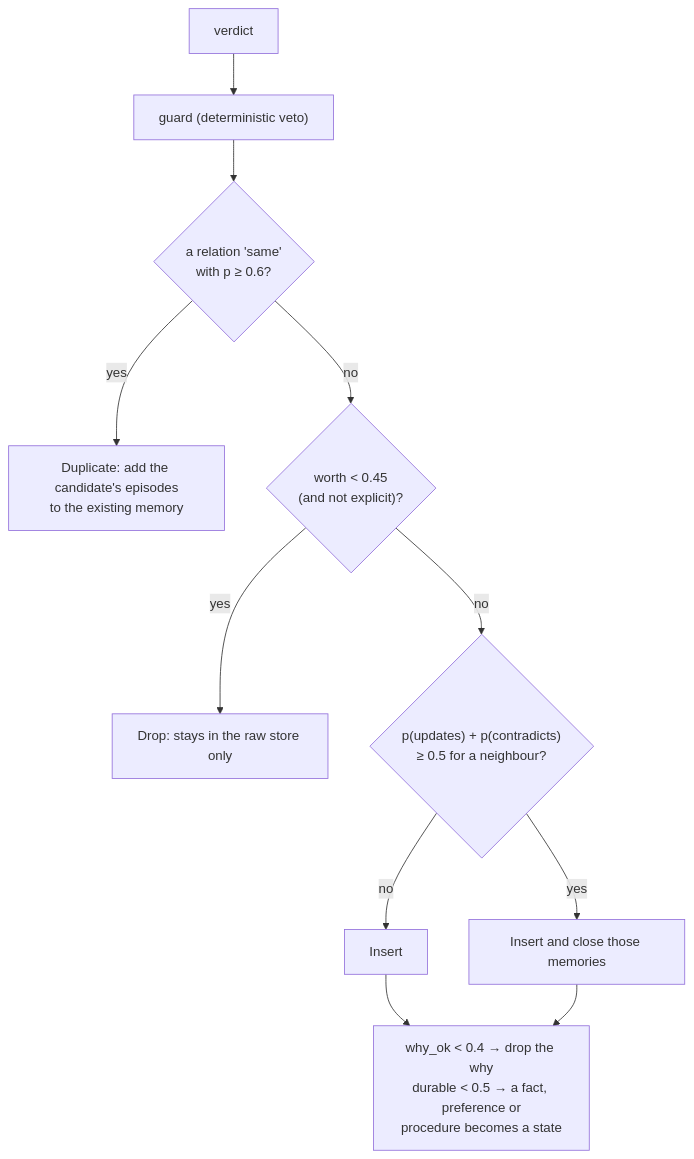
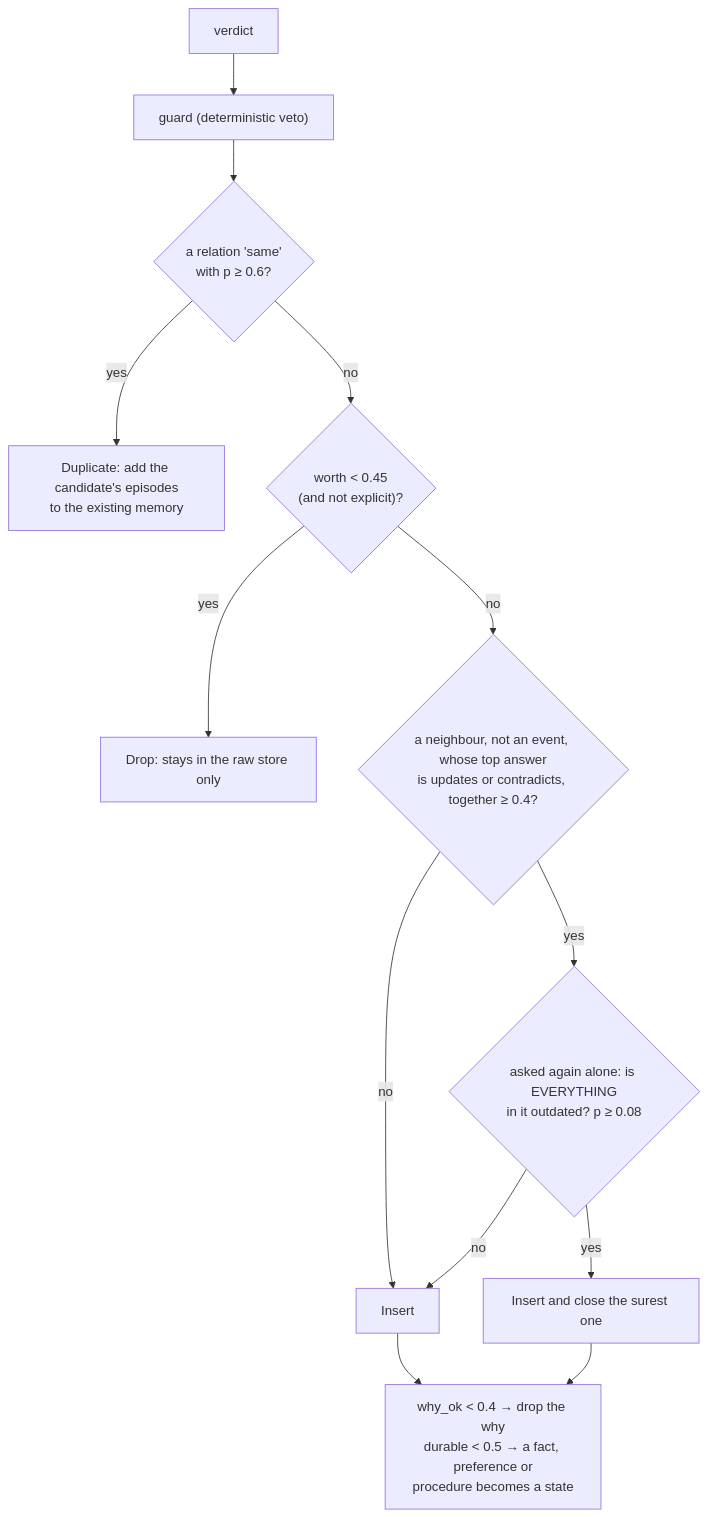
The third of 4 diagrams in docs/judge.md (mariojcr/mnemo), drawn with Mermaid before and after one commit. The commit also changed other lines of this file and 1 other file, not shown here.

````diff
--- a/docs/judge.md
+++ b/docs/judge.md
@@ -76,12 +76,14 @@
 ```mermaid
 flowchart TB
     V["verdict"] --> G["guard (deterministic veto)"]
     G --> Q1{"a relation 'same'<br/>with p ≥ 0.6?"}
     Q1 -- yes --> DUP["Duplicate: add the candidate's episodes<br/>to the existing memory"]
     Q1 -- no --> Q2{"worth < 0.45<br/>(and not explicit)?"}
     Q2 -- yes --> DROP["Drop: stays in the raw store only"]
-    Q2 -- no --> Q3{"p(updates) + p(contradicts)<br/>≥ 0.5 for a neighbour?"}
-    Q3 -- yes --> SUP["Insert and close those memories"]
+    Q2 -- no --> Q3{"a neighbour, not an event, whose top answer<br/>is updates or contradicts, together ≥ 0.4?"}
+    Q3 -- yes --> Q4{"asked again alone: is EVERYTHING<br/>in it outdated? p ≥ 0.08"}
     Q3 -- no --> INS["Insert"]
+    Q4 -- yes --> SUP["Insert and close the surest one"]
+    Q4 -- no --> INS
     INS & SUP --> ADJ["why_ok < 0.4 → drop the why<br/>durable < 0.5 → a fact, preference or<br/>procedure becomes a state"]
 ```
````
